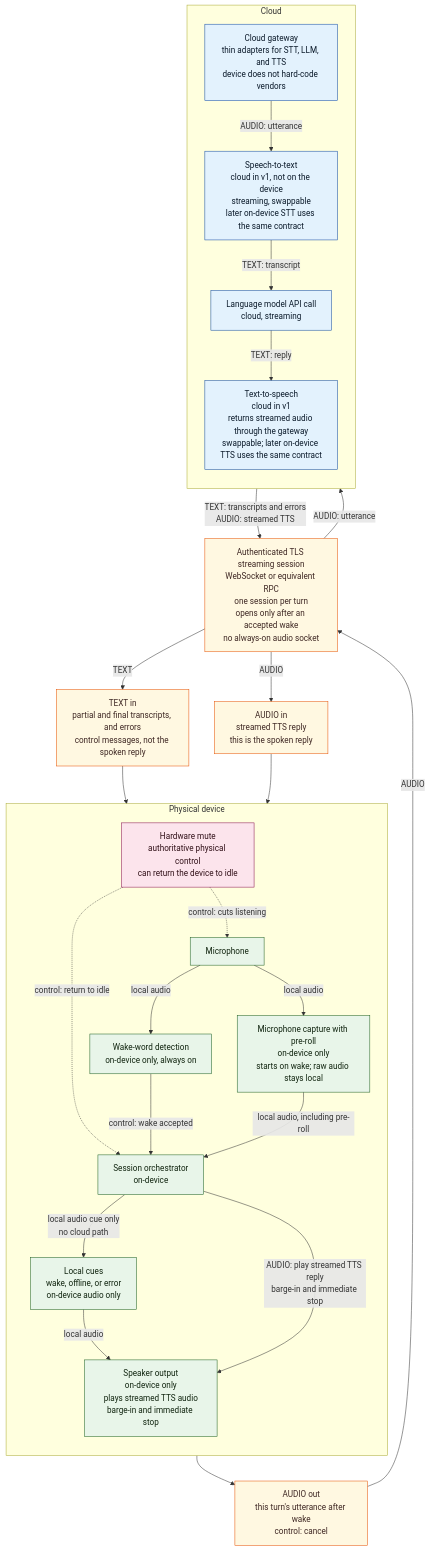
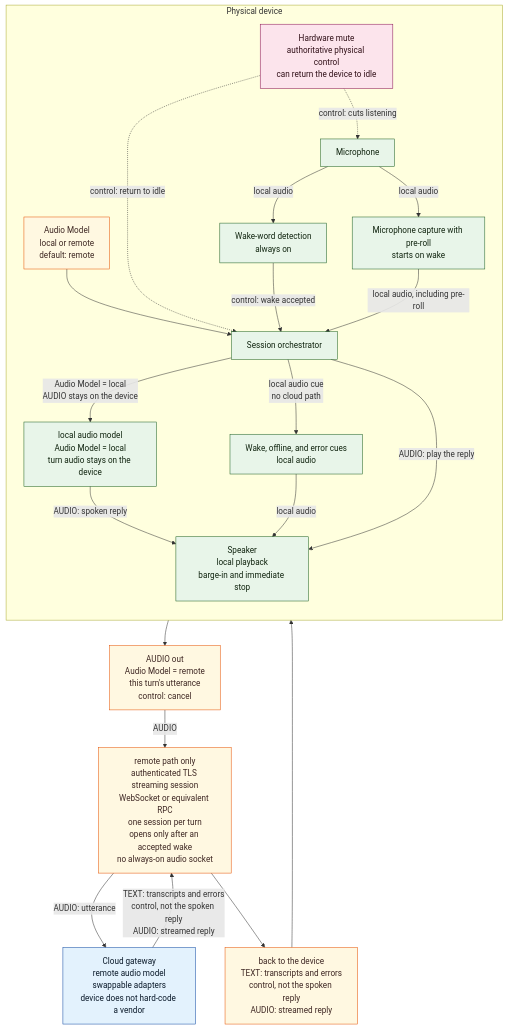
The diagram in docs/architecture.md (ndeivasi/hardware-voice-ai), drawn with Mermaid before and after one commit. The commit also changed other lines of this file, not shown here.

First line of the commit message:
Document Audio Model as local or remote.

````diff
--- a/docs/architecture.md
+++ b/docs/architecture.md
@@ -25,54 +29,50 @@
 ```mermaid
 flowchart TB
   subgraph device["Physical device"]
     direction TB
+    setting["Audio Model<br/>local or remote<br/>default: remote"]
     mute["Hardware mute<br/>authoritative physical control<br/>can return the device to idle"]
     mic["Microphone"]
-    wake["Wake-word detection<br/>on-device only, always on"]
-    cap["Microphone capture with pre-roll<br/>on-device only<br/>starts on wake; raw audio stays local"]
-    orch["Session orchestrator<br/>on-device"]
-    cues["Local cues<br/>wake, offline, or error<br/>on-device audio only"]
-    spk["Speaker output<br/>on-device only<br/>plays streamed TTS audio<br/>barge-in and immediate stop"]
+    wake["Wake-word detection<br/>always on"]
+    cap["Microphone capture with pre-roll<br/>starts on wake"]
+    orch["Session orchestrator"]
+    localModel["local audio model<br/>Audio Model = local<br/>turn audio stays on the device"]
+    cues["Wake, offline, and error cues<br/>local audio"]
+    spk["Speaker<br/>local playback<br/>barge-in and immediate stop"]
+    setting --> orch
     mute -.->|"control: cuts listening"| mic
     mute -.->|"control: return to idle"| orch
     mic -->|"local audio"| wake
     mic -->|"local audio"| cap
     wake -->|"control: wake accepted"| orch
     cap -->|"local audio, including pre-roll"| orch
-    orch -->|"local audio cue only<br/>no cloud path"| cues
+    orch -->|"Audio Model = local<br/>AUDIO stays on the device"| localModel
+    localModel -->|"AUDIO: spoken reply"| spk
+    orch -->|"local audio cue<br/>no cloud path"| cues
     cues -->|"local audio"| spk
-    orch -->|"AUDIO: play streamed TTS reply<br/>barge-in and immediate stop"| spk
+    orch -->|"AUDIO: play the reply"| spk
   end
 
-  session["Authenticated TLS streaming session<br/>WebSocket or equivalent RPC<br/>one session per turn<br/>opens only after an accepted wake<br/>no always-on audio socket"]
+  session["remote path only<br/>authenticated TLS streaming session<br/>WebSocket or equivalent RPC<br/>one session per turn<br/>opens only after an accepted wake<br/>no always-on audio socket"]
 
-  subgraph cloud["Cloud"]
-    direction TB
-    gw["Cloud gateway<br/>thin adapters for STT, LLM, and TTS<br/>device does not hard-code vendors"]
-    stt["Speech-to-text<br/>cloud in v1, not on the device<br/>streaming, swappable<br/>later on-device STT uses the same contract"]
-    llm["Language model API call<br/>cloud, streaming"]
-    tts["Text-to-speech<br/>cloud in v1<br/>returns streamed audio through the gateway<br/>swappable; later on-device TTS uses the same contract"]
-    gw -->|"AUDIO: utterance"| stt
-    stt -->|"TEXT: transcript"| llm
-    llm -->|"TEXT: reply"| tts
-  end
+  gw["Cloud gateway<br/>remote audio model<br/>swappable adapters<br/>device does not hard-code a vendor"]
 
-  audioOut["AUDIO out<br/>this turn's utterance after wake<br/>control: cancel"]
-  textIn["TEXT in<br/>partial and final transcripts, and errors<br/>control messages, not the spoken reply"]
-  audioIn["AUDIO in<br/>streamed TTS reply<br/>this is the spoken reply"]
+  audioOut["AUDIO out<br/>Audio Model = remote<br/>this turn's utterance<br/>control: cancel"]
+  audioBack["back to the device<br/>TEXT: transcripts and errors<br/>control, not the spoken reply<br/>AUDIO: streamed reply"]
 
   orch --> audioOut -->|"AUDIO"| session
-  session -->|"TEXT"| textIn --> orch
-  session -->|"AUDIO"| audioIn --> orch
   session -->|"AUDIO: utterance"| gw
-  gw -->|"TEXT: transcripts and errors<br/>AUDIO: streamed TTS"| session
+  gw -->|"TEXT: transcripts and errors<br/>control, not the spoken reply<br/>AUDIO: streamed reply"| session
+  session --> audioBack --> orch
 
   classDef onDevice fill:#e8f5e9,stroke:#1b5e20,color:#10240f
   classDef cloud fill:#e3f2fd,stroke:#0d47a1,color:#0a1929
   classDef link fill:#fff8e1,stroke:#e65100,color:#3e2723
   classDef control fill:#fce4ec,stroke:#880e4f,color:#311018
-  class mic,wake,cap,orch,cues,spk onDevice
-  class gw,stt,llm,tts cloud
-  class session,audioOut,textIn,audioIn link
+  classDef choice fill:#fff8e1,stroke:#e65100,color:#3e2723
+  class mic,wake,cap,orch,localModel,cues,spk onDevice
+  class gw cloud
+  class session,audioOut,audioBack link
+  class setting choice
   class mute control
 ```
````
